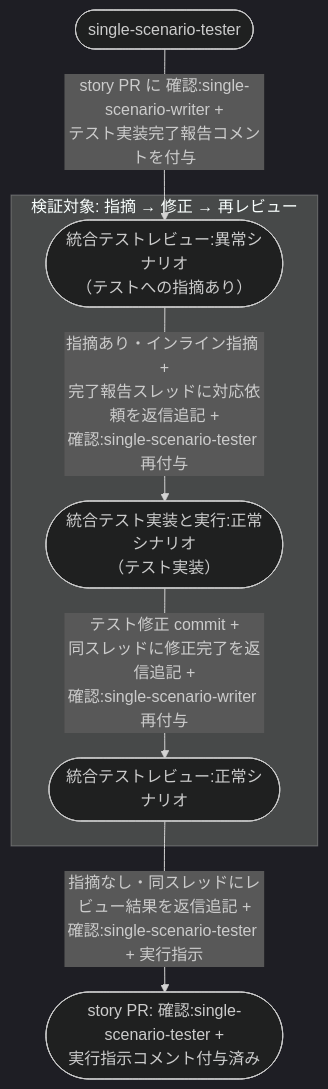
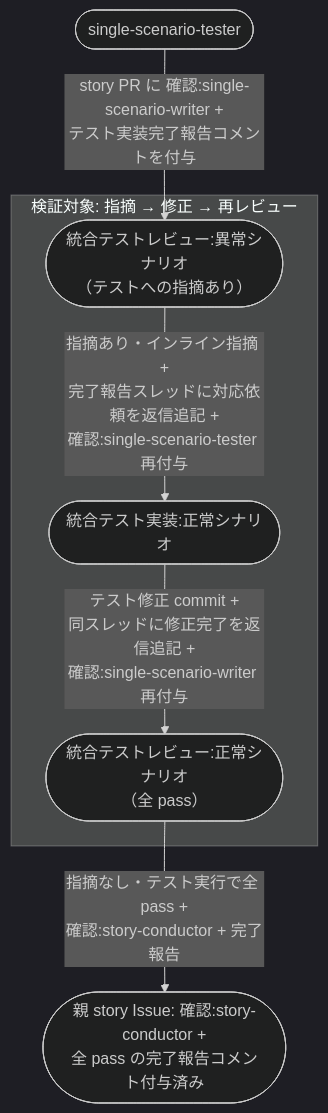
Before and after one commit to shuhei1101/ai-monitor: the diagram in docs/wiki/設計図/シナリオ/複合ユースケース/統合テストレビュー指摘からの修正.md, drawn with Mermaid (dark theme). The commit also changed other lines of this file and 304 other files, not shown here.

````diff
--- a/docs/wiki/設計図/シナリオ/複合ユースケース/統合テストレビュー指摘からの修正.md
+++ b/docs/wiki/設計図/シナリオ/複合ユースケース/統合テストレビュー指摘からの修正.md
@@ -35,15 +35,15 @@
 ```mermaid
 flowchart TD
   A0([single-scenario-tester]) -->|story PR に 確認:single-scenario-writer +<br>テスト実装完了報告コメントを付与| UC1
 
   subgraph FOCUS["検証対象: 指摘 → 修正 → 再レビュー"]
-    UC1([統合テストレビュー:異常シナリオ<br>（テストへの指摘あり）]) -->|指摘あり・インライン指摘 +<br>完了報告スレッドに対応依頼を返信追記 +<br>確認:single-scenario-tester 再付与| UC2([統合テスト実装と実行:正常シナリオ<br>（テスト実装）])
-    UC2 -->|テスト修正 commit +<br>同スレッドに修正完了を返信追記 +<br>確認:single-scenario-writer 再付与| UC3([統合テストレビュー:正常シナリオ])
+    UC1([統合テストレビュー:異常シナリオ<br>（テストへの指摘あり）]) -->|指摘あり・インライン指摘 +<br>完了報告スレッドに対応依頼を返信追記 +<br>確認:single-scenario-tester 再付与| UC2([統合テスト実装:正常シナリオ])
+    UC2 -->|テスト修正 commit +<br>同スレッドに修正完了を返信追記 +<br>確認:single-scenario-writer 再付与| UC3([統合テストレビュー:正常シナリオ<br>（全 pass）])
   end
 
-  UC3 -->|指摘なし・同スレッドにレビュー結果を返信追記 +<br>確認:single-scenario-tester + 実行指示| DONE([story PR: 確認:single-scenario-tester +<br>実行指示コメント付与済み])
+  UC3 -->|指摘なし・テスト実行で全 pass +<br>確認:story-conductor + 完了報告| DONE([親 story Issue: 確認:story-conductor +<br>全 pass の完了報告コメント付与済み])
 
   click UC1 "../単一ユースケース/統合テストレビュー.md#異常シナリオテストへの指摘あり"
-  click UC2 "../単一ユースケース/統合テスト実装と実行.md#正常シナリオテスト実装"
-  click UC3 "../単一ユースケース/統合テストレビュー.md#正常シナリオ"
+  click UC2 "../単一ユースケース/統合テスト実装.md#正常シナリオ"
+  click UC3 "../単一ユースケース/統合テストレビュー.md#正常シナリオ全-pass"
 ```
````
